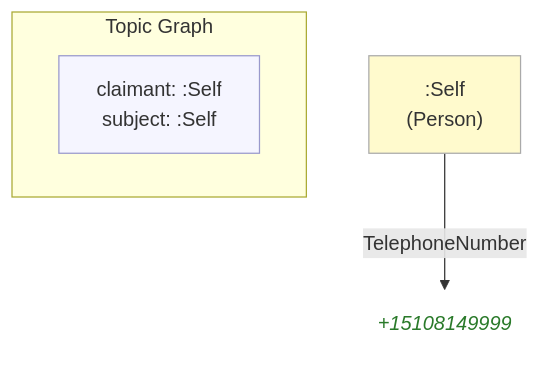
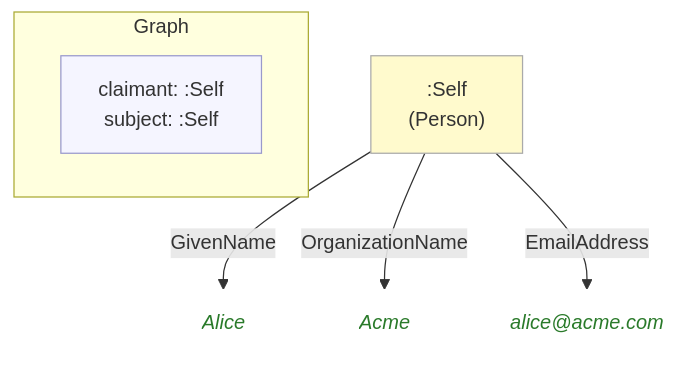
One commit to MeeFoundation/mia-ontologies changed the diagram in example/graphs/images/graph-11.mmd. Above: the diagram before and after it, drawn with Mermaid. The commit also changed 101 other files, not shown here.

```diff
--- a/example/graphs/images/graph-11.mmd
+++ b/example/graphs/images/graph-11.mmd
@@ -1,16 +1,19 @@
 flowchart TD
     classDef person fill:#fffacd,stroke:#aaa,color:#333
-    classDef grp    fill:#d4edda,stroke:#aaa,color:#333
     classDef org    fill:#cce5ff,stroke:#aaa,color:#333
     classDef lit    fill:none,stroke:none,font-style:italic,color:#2a7a2a
     classDef meta   fill:#f5f5ff,stroke:#9999cc,color:#333
 
-    subgraph ctx["Topic Graph"]
+    subgraph ctx["Graph"]
         direction LR
         ctx_meta["claimant: :Self\nsubject: :Self"]:::meta
     end
 
     ne0c3ba92f1db[":Self\n(Person)"]:::person
-    nbf4bb8898358("+15108149999"):::lit
+    n74c7688b7f54("Alice"):::lit
+    n8e06579b8338("Acme"):::lit
+    ncc797d248df9("alice@acme.com"):::lit
 
-    ne0c3ba92f1db -->|"TelephoneNumber"| nbf4bb8898358
+    ne0c3ba92f1db -->|"GivenName"| n74c7688b7f54
+    ne0c3ba92f1db -->|"OrganizationName"| n8e06579b8338
+    ne0c3ba92f1db -->|"EmailAddress"| ncc797d248df9
```
